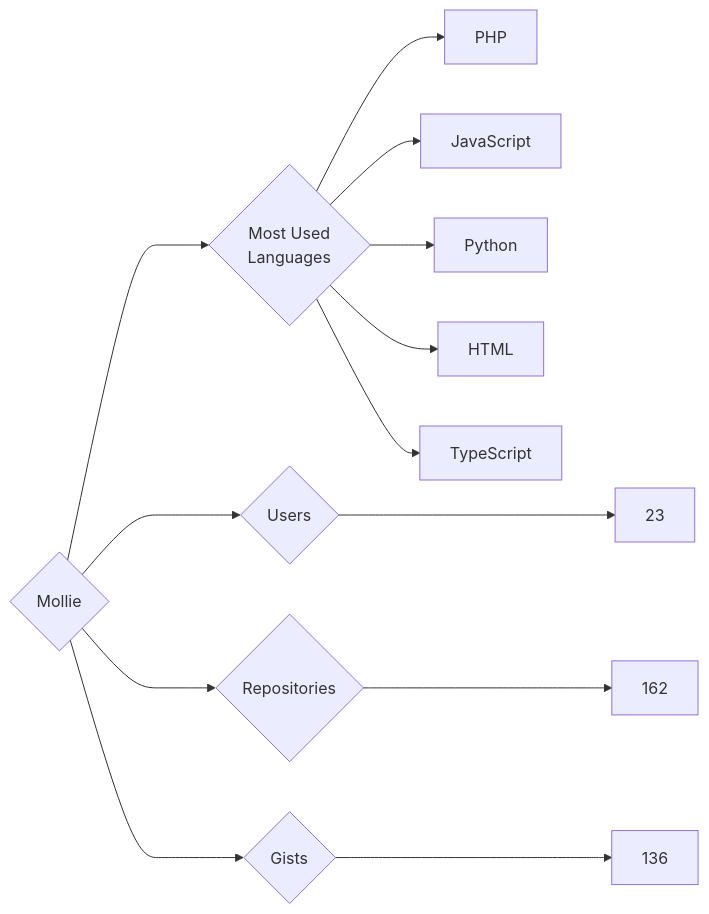
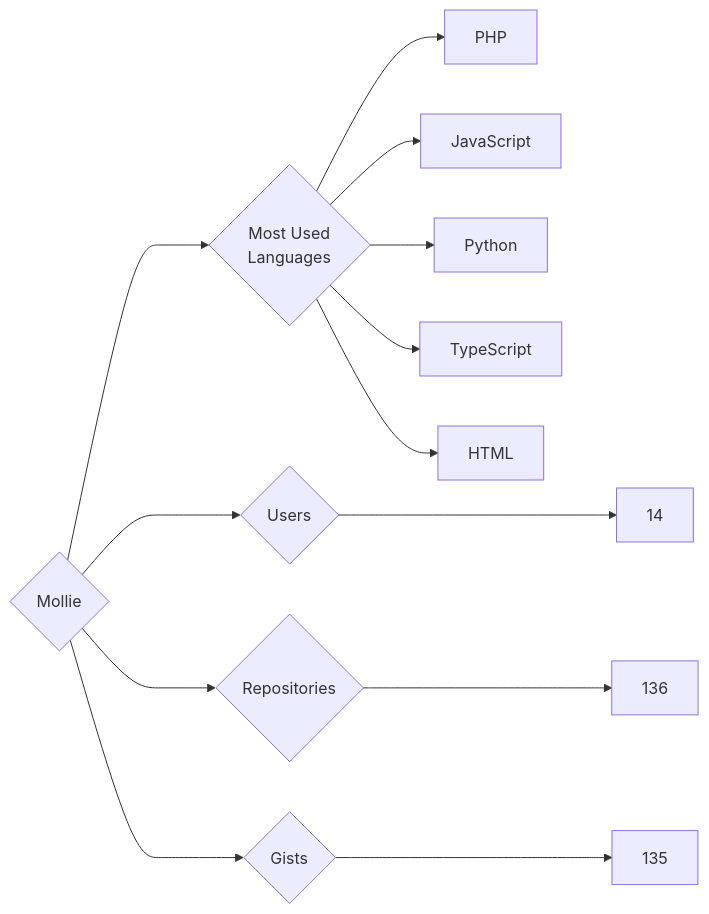
The diagram in targets/Mollie/README.md (trickest/insiders), drawn with Mermaid before and after one commit. The commit also changed 829 other files, not shown here.

````diff
--- a/targets/Mollie/README.md
+++ b/targets/Mollie/README.md
@@ -3,13 +3,13 @@
 ```mermaid
 graph LR
 COMPANY_NAME{Mollie}
-COMPANY_NAME ---> U{Users} ---> UN[23]
-COMPANY_NAME ---> R{Repositories} ---> RN[162]
-COMPANY_NAME ---> G{Gists} ---> GN[136]
+COMPANY_NAME ---> U{Users} ---> UN[14]
+COMPANY_NAME ---> R{Repositories} ---> RN[136]
+COMPANY_NAME ---> G{Gists} ---> GN[135]
 COMPANY_NAME ---> ML{Most Used<br>Languages}
 ML --> PHP[PHP]
 ML --> JavaScript[JavaScript]
 ML --> Python[Python]
+ML --> TypeScript[TypeScript]
 ML --> HTML[HTML]
-ML --> TypeScript[TypeScript]
 ```
````
